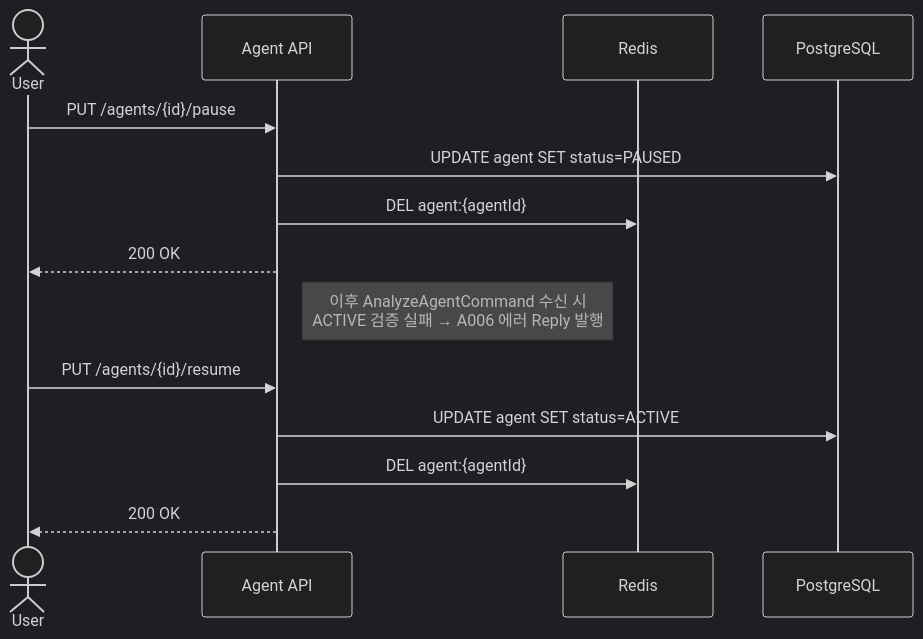
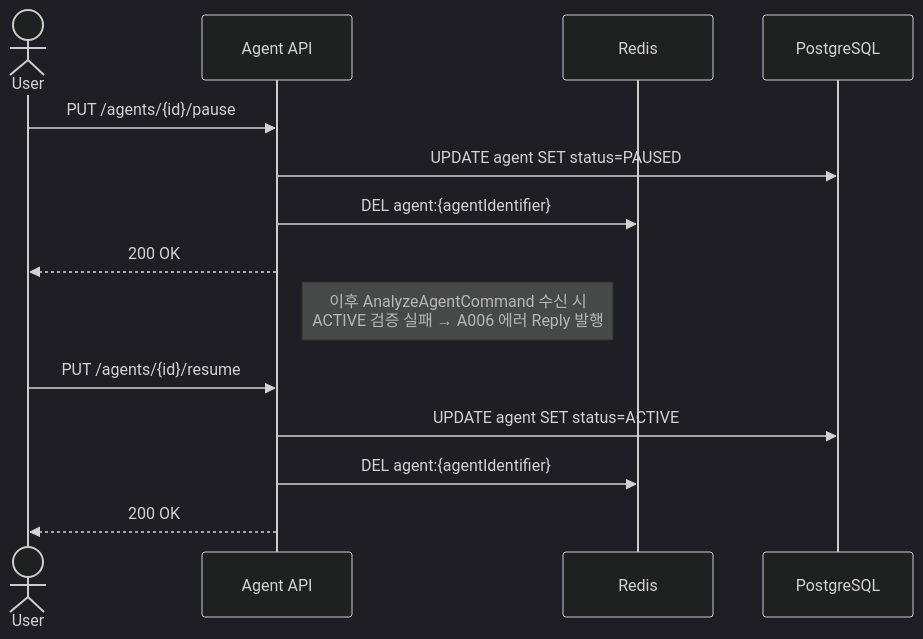
The fifth of 6 diagrams in backend/agent/sequence-diagram.md (Trade-Pilot/.github), drawn with Mermaid (dark theme) before and after one commit. The commit also changed other lines of this file and 17 other files, not shown here.

````diff
--- a/backend/agent/sequence-diagram.md
+++ b/backend/agent/sequence-diagram.md
@@ -137,19 +137,19 @@
 ```mermaid
 sequenceDiagram
     actor User
     participant API   as Agent API
     participant Redis
     participant DB    as PostgreSQL
 
     User ->> API: PUT /agents/{id}/pause
     API  ->> DB:  UPDATE agent SET status=PAUSED
-    API  ->> Redis: DEL agent:{agentId}
+    API  ->> Redis: DEL agent:{agentIdentifier}
     API -->> User: 200 OK
 
     Note right of API: 이후 AnalyzeAgentCommand 수신 시<br>ACTIVE 검증 실패 → A006 에러 Reply 발행
 
     User ->> API: PUT /agents/{id}/resume
     API  ->> DB:  UPDATE agent SET status=ACTIVE
-    API  ->> Redis: DEL agent:{agentId}
+    API  ->> Redis: DEL agent:{agentIdentifier}
     API -->> User: 200 OK
 ```
````
